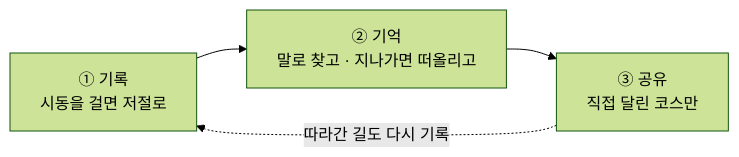
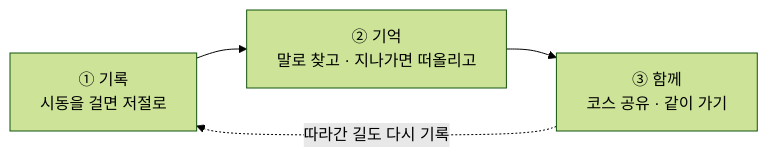
The diagram in README.md (juyoung020/eodiyeotji), drawn with Mermaid (forest theme) before and after one commit. The commit also changed other lines of this file, not shown here.

````diff
--- a/README.md
+++ b/README.md
@@ -113,6 +76,6 @@
 ```mermaid
 flowchart LR
     A["① 기록<br/>시동을 걸면 저절로"] --> B["② 기억<br/>말로 찾고 · 지나가면 떠올리고"]
-    B --> C["③ 공유<br/>직접 달린 코스만"]
+    B --> C["③ 함께<br/>코스 공유 · 같이 가기"]
     C -.->|따라간 길도 다시 기록| A
 ```
````
